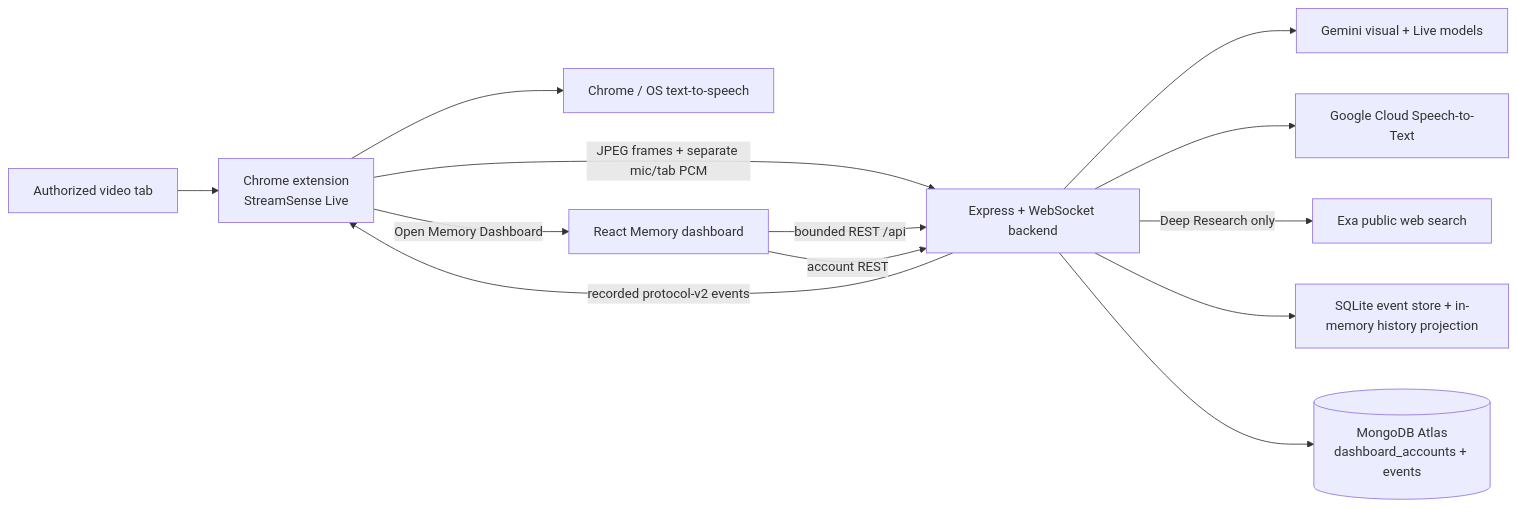
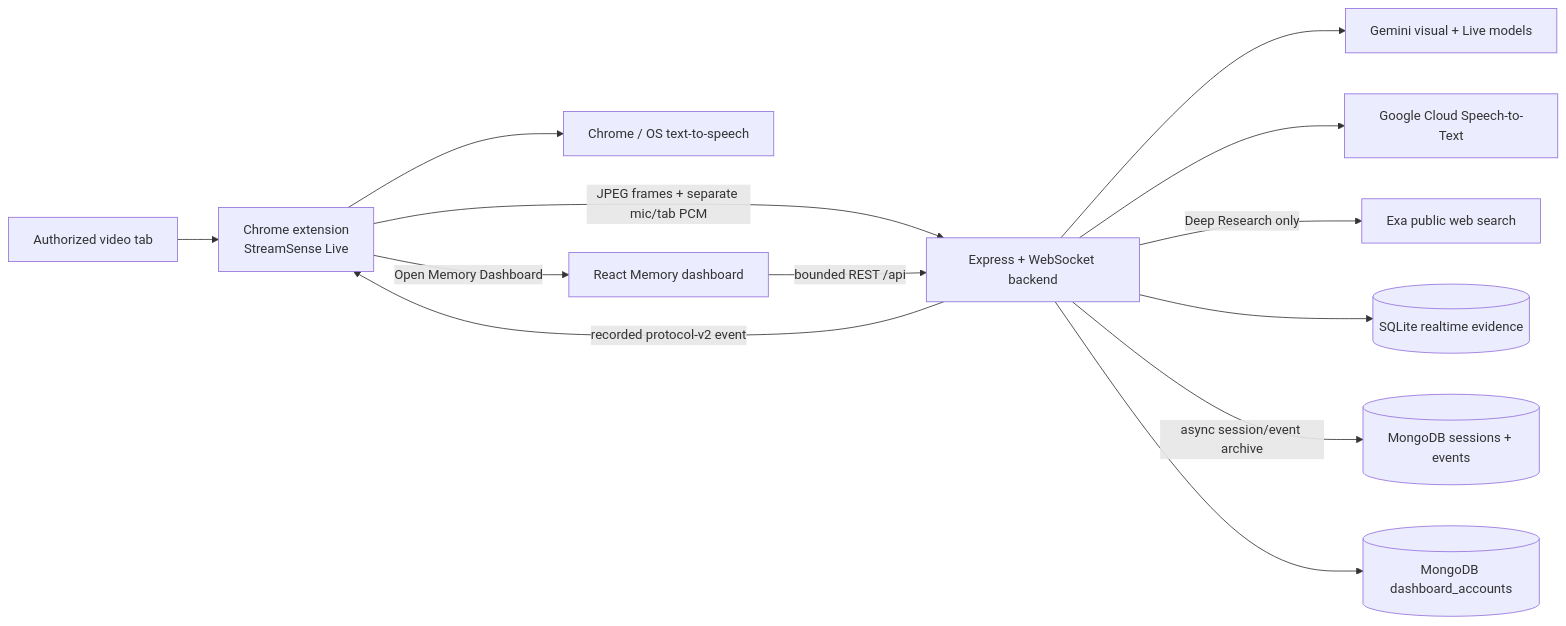
One commit to ZSYUYIIE/garena-ai-build-challenge-2026 changed the diagram in docs/architecture.md. Above: the diagram before and after it, drawn with Mermaid. The commit also changed other lines of this file and 6 other files, not shown here.

````diff
--- a/docs/architecture.md
+++ b/docs/architecture.md
@@ -18,15 +15,15 @@
 ```mermaid
 flowchart LR
     Video["Authorized video tab"] --> Extension["Chrome extension\nStreamSense Live"]
     Extension -->|"JPEG frames + separate mic/tab PCM"| Backend["Express + WebSocket backend"]
-    Backend -->|"recorded protocol-v2 events"| Extension
-    Extension --> ChromeTTS["Chrome / OS text-to-speech"]
     Backend --> Gemini["Gemini visual + Live models"]
     Backend --> STT["Google Cloud Speech-to-Text"]
     Backend -->|"Deep Research only"| Exa["Exa public web search"]
-    Backend --> Events["SQLite event store + in-memory history projection"]
+    Backend --> SQLite[("SQLite realtime evidence")]
+    Backend -->|"async session/event archive"| Mongo[("MongoDB sessions + events")]
+    Backend -->|"recorded protocol-v2 event"| Extension
+    Extension --> ChromeTTS["Chrome / OS text-to-speech"]
     Extension -->|"Open Memory Dashboard"| Dashboard["React Memory dashboard"]
     Dashboard -->|"bounded REST /api"| Backend
-    Dashboard -->|"account REST"| Backend
-    Backend --> Mongo[("MongoDB Atlas\ndashboard_accounts + events")]
+    Backend --> Accounts[("MongoDB dashboard_accounts")]
 ```
````
